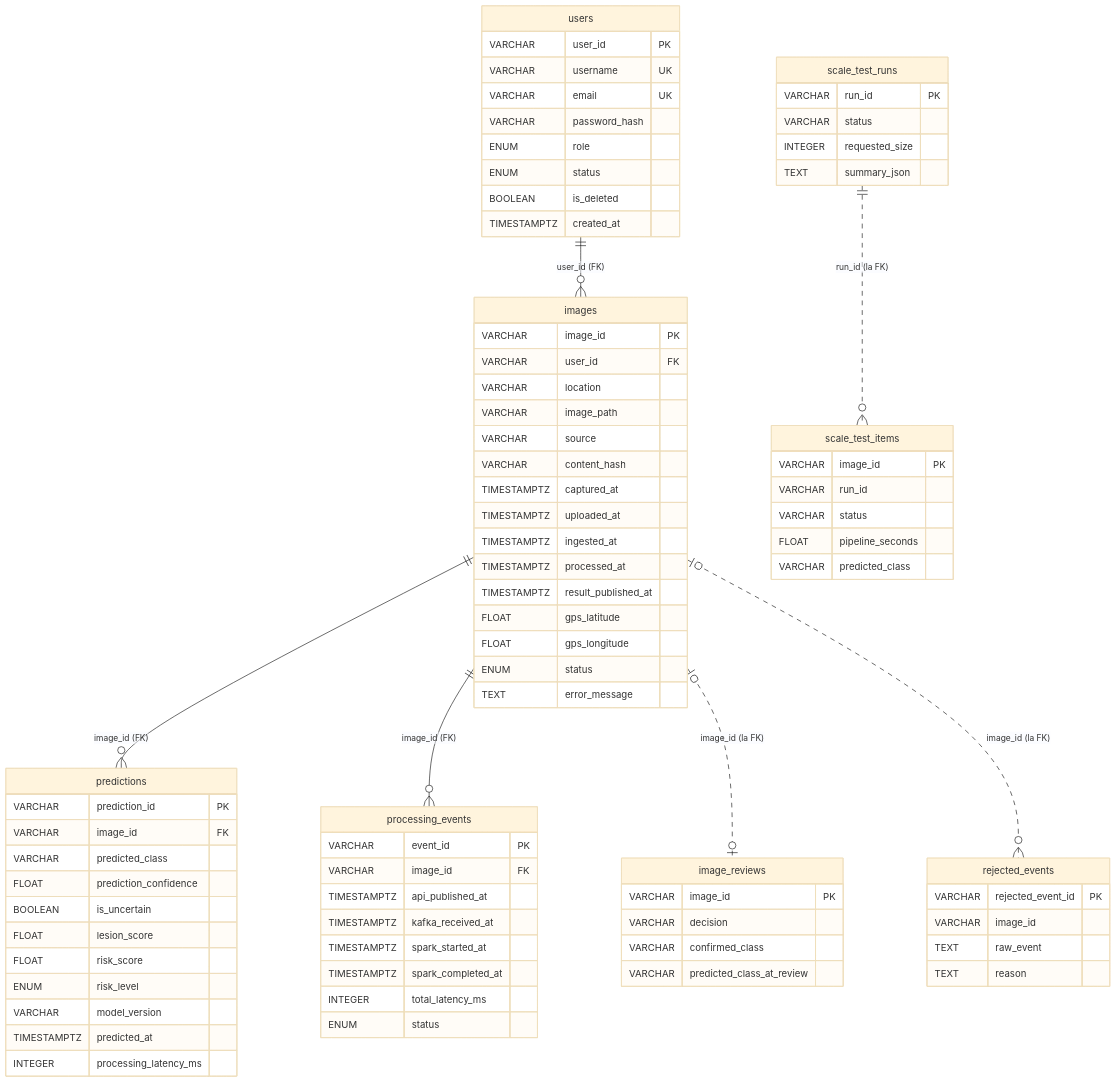
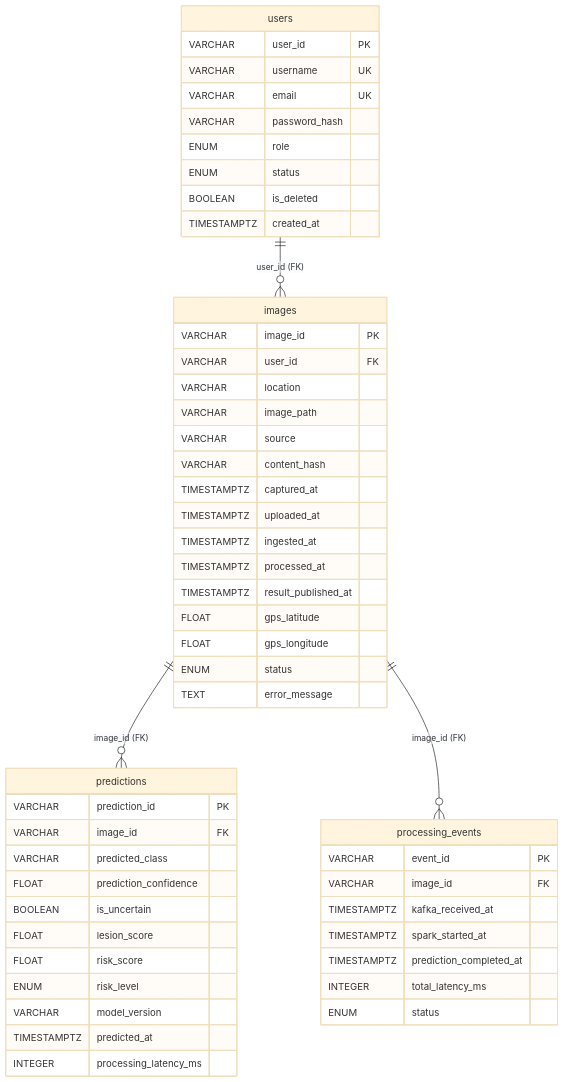
The first of 6 diagrams in documentation/technical_modules/src/04_database_erd_dfd_module.md (AOD-collab/-crop-disease-ews), drawn with Mermaid (base theme) before and after one commit. The commit also changed other lines of this file and 41 other files, not shown here.

````diff
--- a/documentation/technical_modules/src/04_database_erd_dfd_module.md
+++ b/documentation/technical_modules/src/04_database_erd_dfd_module.md
@@ -55,10 +102,6 @@
     users ||--o{ images : "user_id (FK)"
     images ||--o{ predictions : "image_id (FK)"
     images ||--o{ processing_events : "image_id (FK)"
-    images |o..o| image_reviews : "image_id (la FK)"
-    images |o..o{ rejected_events : "image_id (la FK)"
-    scale_test_runs ||..o{ scale_test_items : "run_id (la FK)"
-
     users {
         VARCHAR user_id PK
         VARCHAR username UK
@@ -102,36 +145,10 @@
     processing_events {
         VARCHAR event_id PK
         VARCHAR image_id FK
-        TIMESTAMPTZ api_published_at
         TIMESTAMPTZ kafka_received_at
         TIMESTAMPTZ spark_started_at
-        TIMESTAMPTZ spark_completed_at
+        TIMESTAMPTZ prediction_completed_at
         INTEGER total_latency_ms
         ENUM status
     }
-    rejected_events {
-        VARCHAR rejected_event_id PK
-        VARCHAR image_id
-        TEXT raw_event
-        TEXT reason
-    }
-    image_reviews {
-        VARCHAR image_id PK
-        VARCHAR decision
-        VARCHAR confirmed_class
-        VARCHAR predicted_class_at_review
-    }
-    scale_test_runs {
-        VARCHAR run_id PK
-        VARCHAR status
-        INTEGER requested_size
-        TEXT summary_json
-    }
-    scale_test_items {
-        VARCHAR image_id PK
-        VARCHAR run_id
-        VARCHAR status
-        FLOAT pipeline_seconds
-        VARCHAR predicted_class
-    }
 ```
````
